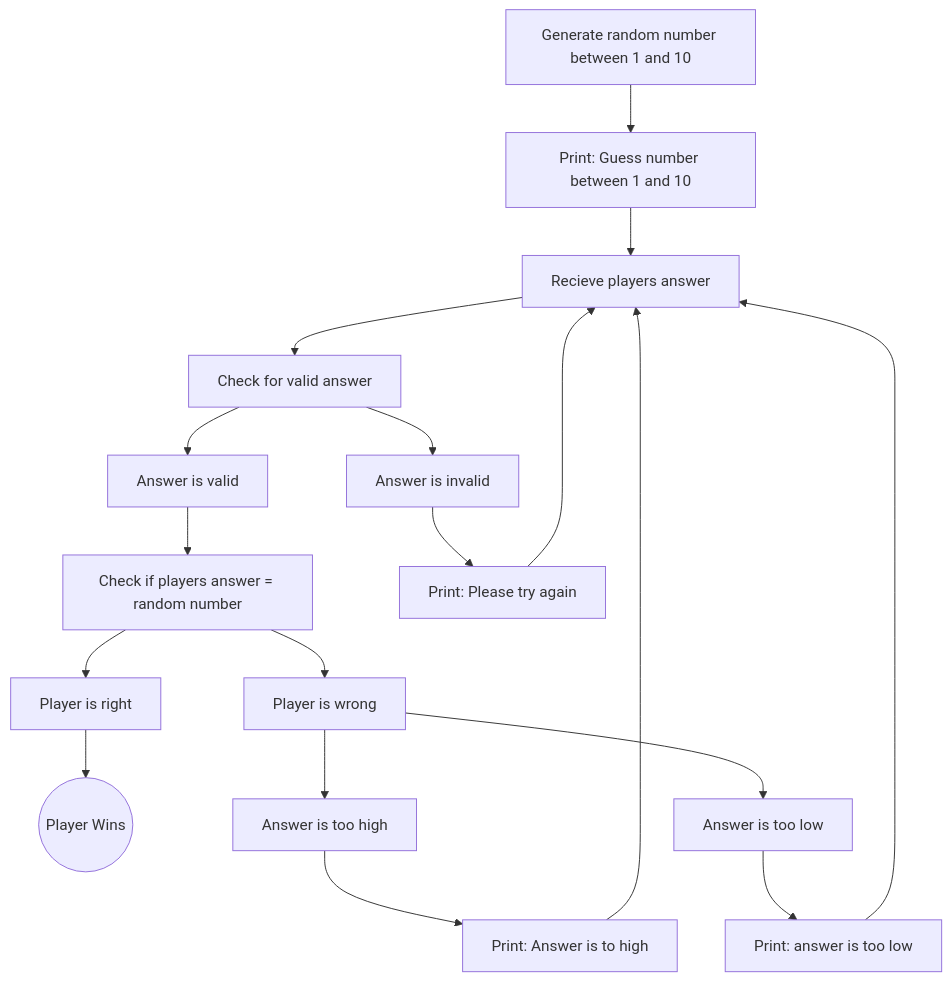
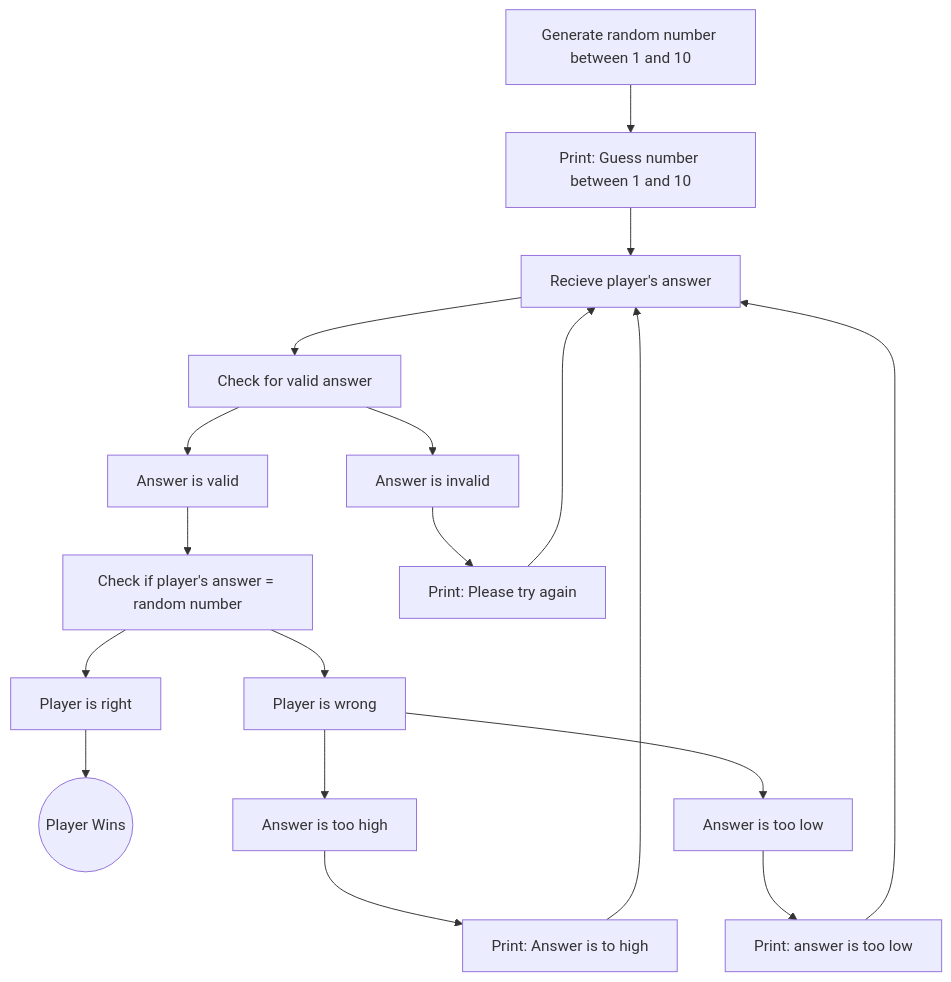
The diagram in Guessing.md (caleb-mook/caleb-mook.github.io), drawn with Mermaid before and after one commit.

````diff
--- a/Guessing.md
+++ b/Guessing.md
@@ -1,20 +1,20 @@
 ```mermaid
     flowchart TD
     generate[Generate random number between 1 and 10] --> print_Q[Print: Guess number between 1 and 10]
-    print_Q --> get_answer[Recieve players answer]
+    print_Q --> get_answer[Recieve player's answer]
     get_answer --> checkv[Check for valid answer]
     checkv --> valid[Answer is valid]
-    valid --> check_answer[Check if players answer = random number]
+    valid --> check_answer[Check if player's answer = random number]
     checkv --> nvalid[Answer is invalid]
     nvalid --> try_again[Print: Please try again]
     try_again --> get_answer
     check_answer --> player_right[Player is right]
     player_right --> win((Player Wins))
     check_answer --> player_wrong[Player is wrong]
     player_wrong --> too_high[Answer is too high]
     too_high --> print_too_high[Print: Answer is to high]
     print_too_high --> get_answer
     player_wrong --> too_low[Answer is too low]
     too_low --> print_too_low[Print: answer is too low]
     print_too_low --> get_answer
 ```
````
